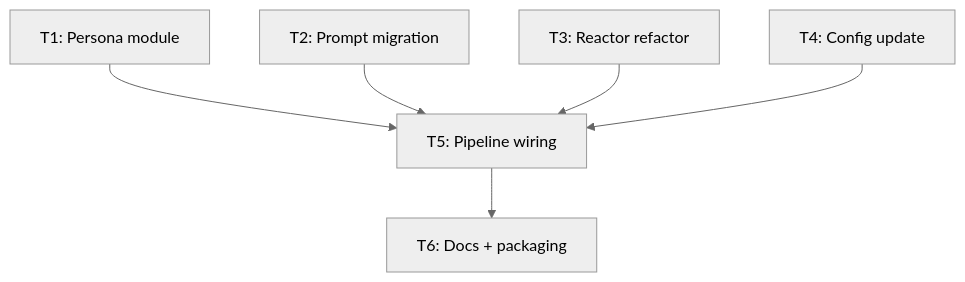
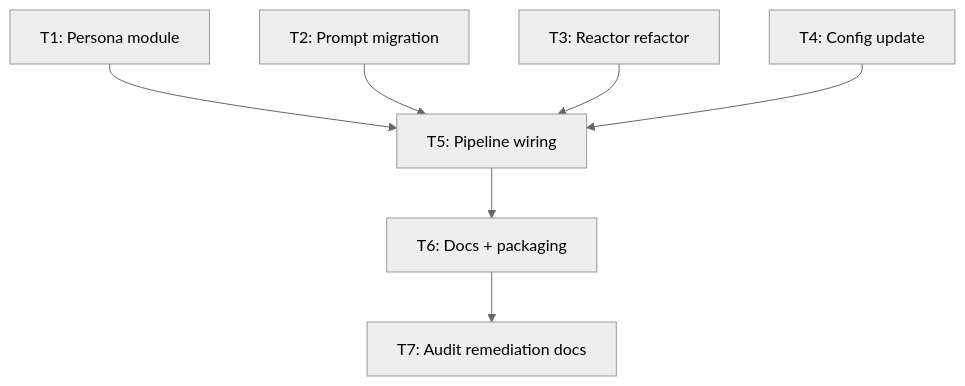
One commit to naaas94/heckler changed the diagram in .dev/plans/persona-system/plan.md. Above: the diagram before and after it, drawn with Mermaid (neutral theme). The commit also changed other lines of this file and 4 other files, not shown here.

````diff
--- a/.dev/plans/persona-system/plan.md
+++ b/.dev/plans/persona-system/plan.md
@@ -126,15 +129,17 @@
 ```mermaid
 graph TD
     T1["T1: Persona module"]
     T2["T2: Prompt migration"]
     T3["T3: Reactor refactor"]
     T4["T4: Config update"]
     T5["T5: Pipeline wiring"]
     T6["T6: Docs + packaging"]
+    T7["T7: Audit remediation docs"]
 
     T1 --> T5
     T2 --> T5
     T3 --> T5
     T4 --> T5
     T5 --> T6
+    T6 --> T7
 ```
````
